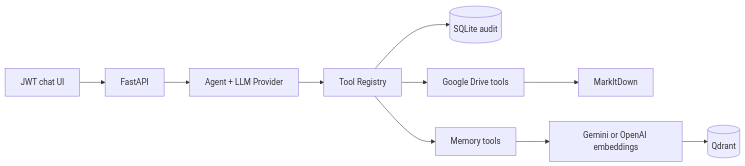
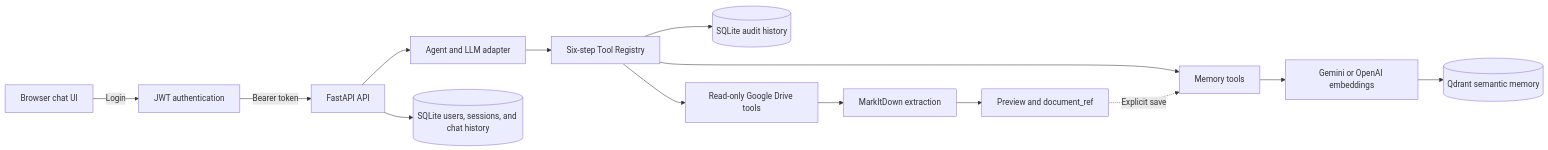
Before and after one commit to loanhviet/drive-agent: the diagram in README.md, drawn with Mermaid. The commit also changed other lines of this file and 1 other file, not shown here.

````diff
--- a/README.md
+++ b/README.md
@@ -17,12 +35,19 @@
 ```mermaid
 flowchart LR
-    UI[JWT chat UI] --> API[FastAPI]
-    API --> Agent[Agent + LLM Provider]
-    Agent --> Registry[Tool Registry]
-    Registry --> Audit[(SQLite audit)]
-    Registry --> Drive[Google Drive tools]
-    Registry --> Memory[Memory tools]
-    Drive --> Reader[MarkItDown]
-    Memory --> Embed[Gemini or OpenAI embeddings]
-    Embed --> Qdrant[(Qdrant)]
+    UI["Browser chat UI"] -->|"Login"| Auth["JWT authentication"]
+    Auth -->|"Bearer token"| API["FastAPI API"]
+    API --> Agent["Agent and LLM adapter"]
+    Agent --> Registry["Six-step Tool Registry"]
+
+    Registry --> Audit[("SQLite audit history")]
+    Registry --> Drive["Read-only Google Drive tools"]
+    Drive --> Extract["MarkItDown extraction"]
+    Extract --> Ref["Preview and document_ref"]
+
+    Registry --> Memory["Memory tools"]
+    Ref -. "Explicit save" .-> Memory
+    Memory --> Embed["Gemini or OpenAI embeddings"]
+    Embed --> Qdrant[("Qdrant semantic memory")]
+
+    API --> Chat[("SQLite users, sessions, and chat history")]
 ```
````
